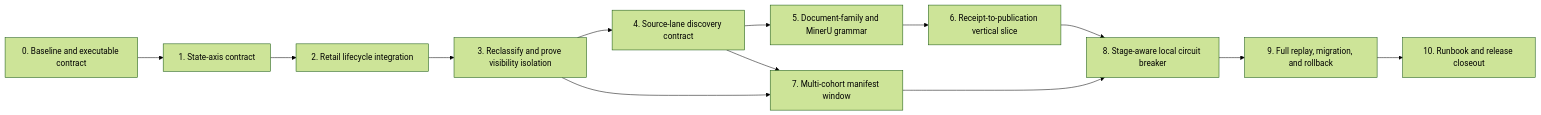
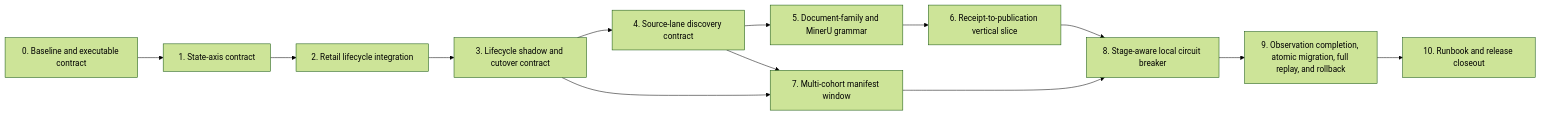
Before and after one commit to fitappliance/fitappliance: the third of 3 diagrams in docs/superpowers/plans/2026-07-20-fitappliance-system-first-repair-control-plan.md, drawn with Mermaid (forest theme). The commit also changed other lines of this file and 35 other files, not shown here.

Commit message:
feat(lifecycle): add atomic retail cutover shadow

````diff
--- a/docs/superpowers/plans/2026-07-20-fitappliance-system-first-repair-control-plan.md
+++ b/docs/superpowers/plans/2026-07-20-fitappliance-system-first-repair-control-plan.md
@@ -295,15 +295,15 @@
 ```mermaid
 flowchart LR
   T0["0. Baseline and executable contract"] --> T1["1. State-axis contract"]
   T1 --> T2["2. Retail lifecycle integration"]
-  T2 --> T3["3. Reclassify and prove visibility isolation"]
+  T2 --> T3["3. Lifecycle shadow and cutover contract"]
   T3 --> T4["4. Source-lane discovery contract"]
   T4 --> T5["5. Document-family and MinerU grammar"]
   T5 --> T6["6. Receipt-to-publication vertical slice"]
   T3 --> T7["7. Multi-cohort manifest window"]
   T4 --> T7
   T6 --> T8["8. Stage-aware local circuit breaker"]
   T7 --> T8
-  T8 --> T9["9. Full replay, migration, and rollback"]
+  T8 --> T9["9. Observation completion, atomic migration, full replay, and rollback"]
   T9 --> T10["10. Runbook and release closeout"]
 ```
````
